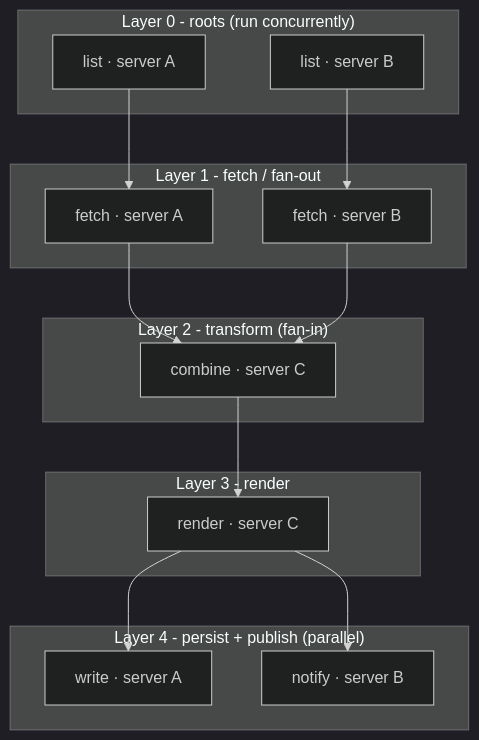
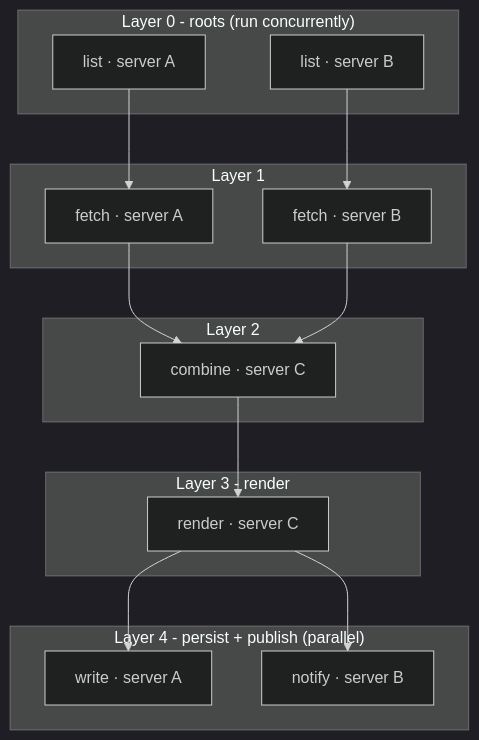
One commit to hardikcode-creator/MCP-Playground changed the diagram in docs/building-workflows.mdx. Above: the diagram before and after it, drawn with Mermaid (dark theme). The commit also changed other lines of this file and 7 other files, not shown here.

````diff
--- a/docs/building-workflows.mdx
+++ b/docs/building-workflows.mdx
@@ -151,28 +139,28 @@
 ```mermaid
 flowchart TD
   subgraph L0 ["Layer 0 - roots (run concurrently)"]
     a1["list · server A"]
     b1["list · server B"]
   end
-  subgraph L1 ["Layer 1 - fetch / fan-out"]
+  subgraph L1 ["Layer 1"]
     a2["fetch · server A"]
     b2["fetch · server B"]
   end
-  subgraph L2 ["Layer 2 - transform (fan-in)"]
+  subgraph L2 ["Layer 2"]
     c1["combine · server C"]
   end
   subgraph L3 ["Layer 3 - render"]
     c2["render · server C"]
   end
   subgraph L4 ["Layer 4 - persist + publish (parallel)"]
     a3["write · server A"]
     b3["notify · server B"]
   end
   a1 --> a2
   b1 --> b2
   a2 --> c1
   b2 --> c1
   c1 --> c2
   c2 --> a3
   c2 --> b3
 ```
````
